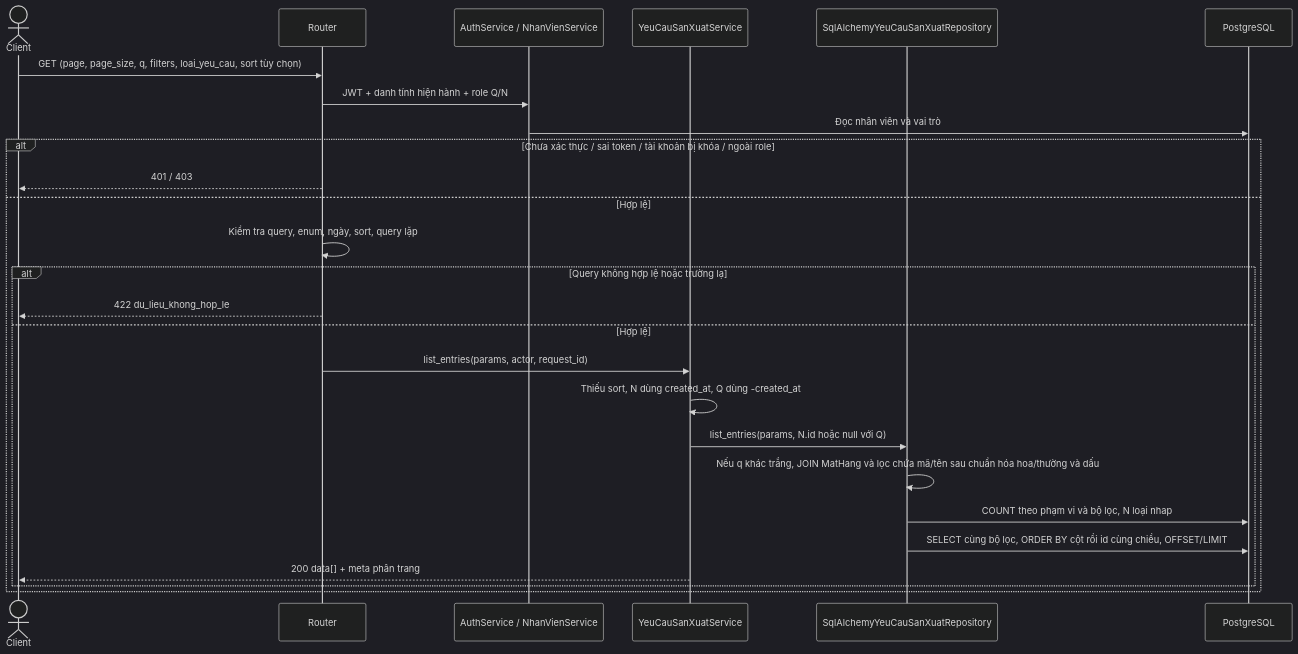
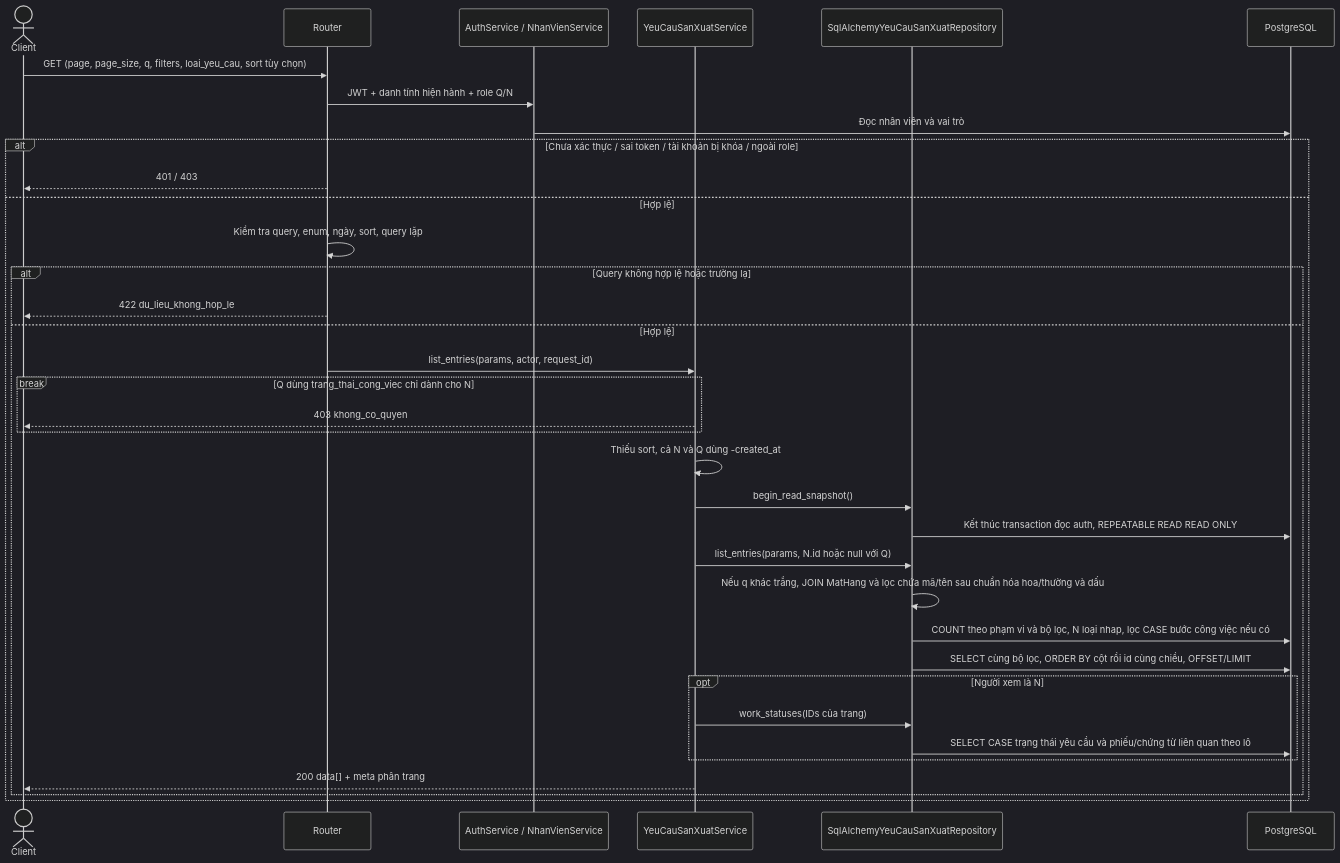
The second of 20 diagrams in docs/sequence/san_xuat.md (thanhklt/xbike-mrp-system), drawn with Mermaid (dark theme) before and after one commit. The commit also changed other lines of this file and 47 other files, not shown here.

Commit message:
fix: update employee work statuses and assigned request UI

````diff
--- a/docs/sequence/san_xuat.md
+++ b/docs/sequence/san_xuat.md
@@ -115,28 +115,37 @@
 ```mermaid
 sequenceDiagram
     actor C as Client
     participant R as Router
     participant A as AuthService / NhanVienService
     participant S as YeuCauSanXuatService
     participant P as SqlAlchemyYeuCauSanXuatRepository
     participant D as PostgreSQL
     C->>R: GET (page, page_size, q, filters, loai_yeu_cau, sort tùy chọn)
     R->>A: JWT + danh tính hiện hành + role Q/N
     A->>D: Đọc nhân viên và vai trò
     alt Chưa xác thực / sai token / tài khoản bị khóa / ngoài role
         R-->>C: 401 / 403
     else Hợp lệ
         R->>R: Kiểm tra query, enum, ngày, sort, query lặp
         alt Query không hợp lệ hoặc trường lạ
             R-->>C: 422 du_lieu_khong_hop_le
         else Hợp lệ
             R->>S: list_entries(params, actor, request_id)
-            S->>S: Thiếu sort, N dùng created_at, Q dùng -created_at
+            break Q dùng trang_thai_cong_viec chỉ dành cho N
+                S-->>C: 403 khong_co_quyen
+            end
+            S->>S: Thiếu sort, cả N và Q dùng -created_at
+            S->>P: begin_read_snapshot()
+            P->>D: Kết thúc transaction đọc auth, REPEATABLE READ READ ONLY
             S->>P: list_entries(params, N.id hoặc null với Q)
             P->>P: Nếu q khác trắng, JOIN MatHang và lọc chứa mã/tên sau chuẩn hóa hoa/thường và dấu
-            P->>D: COUNT theo phạm vi và bộ lọc, N loại nhap
+            P->>D: COUNT theo phạm vi và bộ lọc, N loại nhap, lọc CASE bước công việc nếu có
             P->>D: SELECT cùng bộ lọc, ORDER BY cột rồi id cùng chiều, OFFSET/LIMIT
+            opt Người xem là N
+                S->>P: work_statuses(IDs của trang)
+                P->>D: SELECT CASE trạng thái yêu cầu và phiếu/chứng từ liên quan theo lô
+            end
             S-->>C: 200 data[] + meta phân trang
         end
     end
 ```
````
